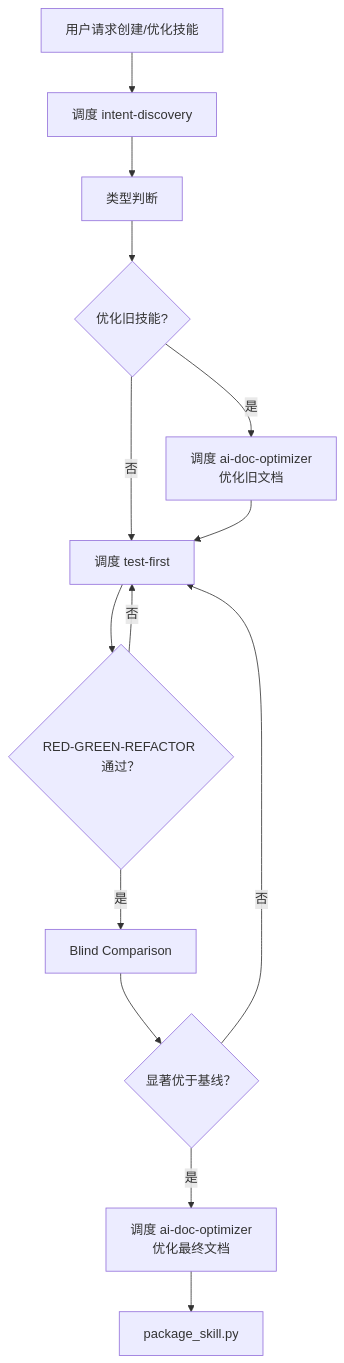
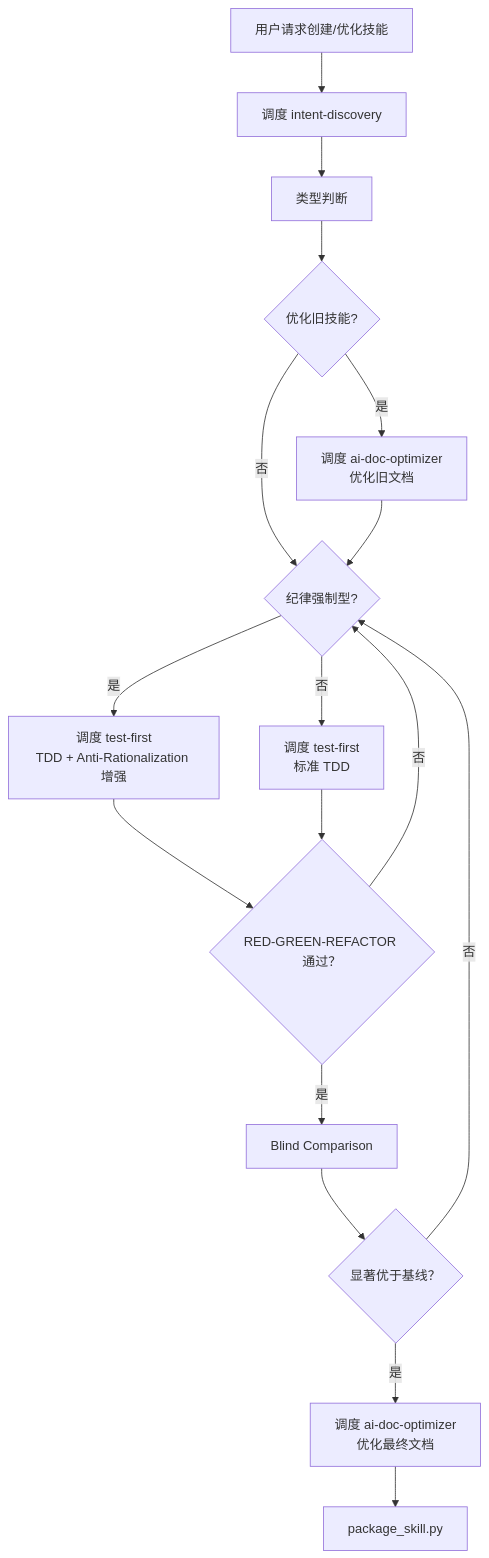
The first of 5 diagrams in skills/meta-skill/SKILL.md (Z-JaDe/meta-skill), drawn with Mermaid before and after one commit. The commit also changed other lines of this file, not shown here.

First line of the commit message:
Refactor meta-skill: integrate anti-rationalization into TDD workflow

````diff
--- a/skills/meta-skill/SKILL.md
+++ b/skills/meta-skill/SKILL.md
@@ -47,16 +46,19 @@
 ```mermaid
 flowchart TD
     Start[用户请求创建/优化技能] --> P1[调度 intent-discovery]
     P1 --> P2[类型判断]
     P2 --> P2a{优化旧技能?}
     P2a -->|是| P2b[调度 ai-doc-optimizer<br/>优化旧文档]
     P2a -->|否| P3
-    P2b --> P3[调度 test-first]
-    P3 --> P4{RED-GREEN-REFACTOR 通过？}
+    P2b --> P3{纪律强制型?}
+    P3 -->|是| P3a[调度 test-first<br/>TDD + Anti-Rationalization 增强]
+    P3 -->|否| P3b[调度 test-first<br/>标准 TDD]
+    P3a --> P4{RED-GREEN-REFACTOR 通过？}
+    P3b --> P4
     P4 -->|否 | P3
     P4 -->|是 | P5[Blind Comparison]
     P5 --> P6{显著优于基线？}
     P6 -->|否 | P3
     P6 -->|是 | P7[调度 ai-doc-optimizer<br/>优化最终文档]
     P7 --> P8[package_skill.py]
 ```
````
